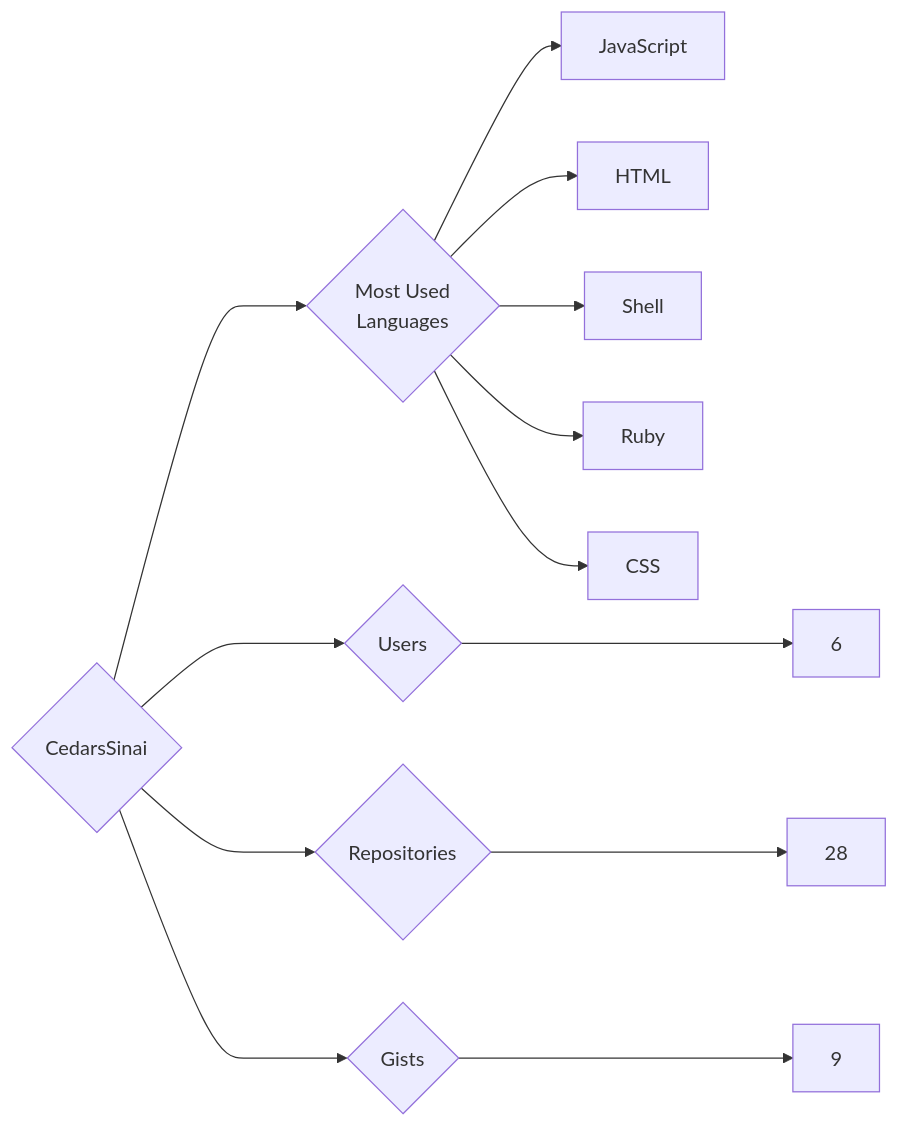
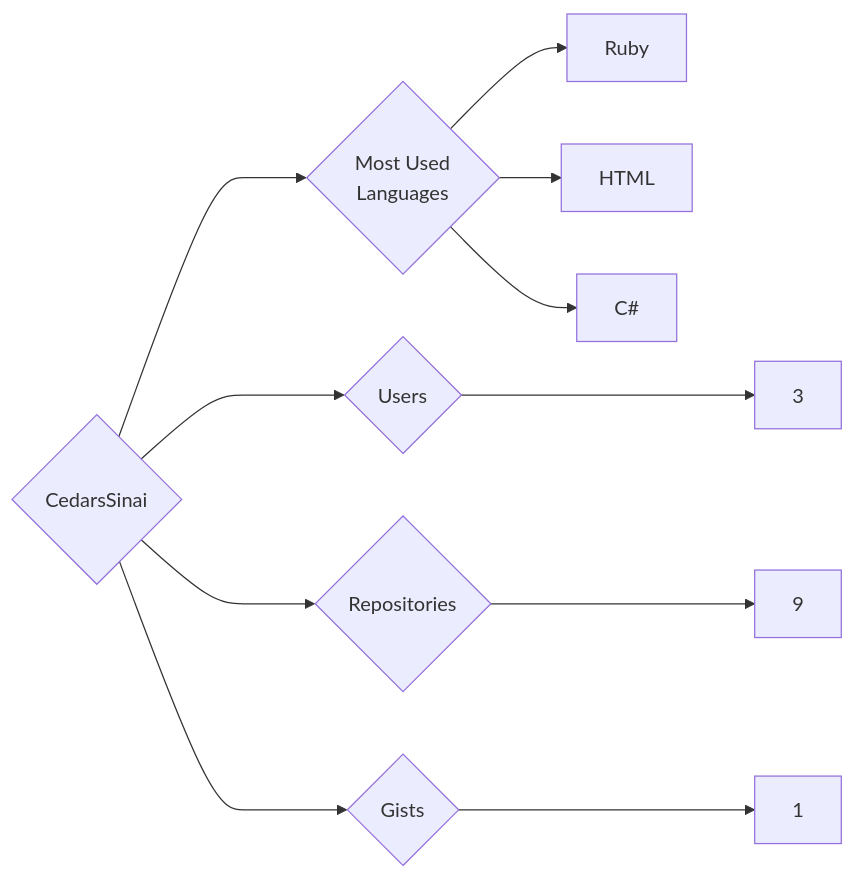
The diagram in targets/CedarsSinai/README.md (trickest/insiders), drawn with Mermaid before and after one commit. The commit also changed 985 other files, not shown here.

````diff
--- a/targets/CedarsSinai/README.md
+++ b/targets/CedarsSinai/README.md
@@ -3,13 +3,11 @@
 ```mermaid
 graph LR
 COMPANY_NAME{CedarsSinai}
-COMPANY_NAME ---> U{Users} ---> UN[6]
-COMPANY_NAME ---> R{Repositories} ---> RN[28]
-COMPANY_NAME ---> G{Gists} ---> GN[9]
+COMPANY_NAME ---> U{Users} ---> UN[3]
+COMPANY_NAME ---> R{Repositories} ---> RN[9]
+COMPANY_NAME ---> G{Gists} ---> GN[1]
 COMPANY_NAME ---> ML{Most Used<br>Languages}
-ML --> JavaScript[JavaScript]
+ML --> Ruby[Ruby]
 ML --> HTML[HTML]
-ML --> Shell[Shell]
-ML --> Ruby[Ruby]
-ML --> CSS[CSS]
+ML --> C#[C#]
 ```
````
